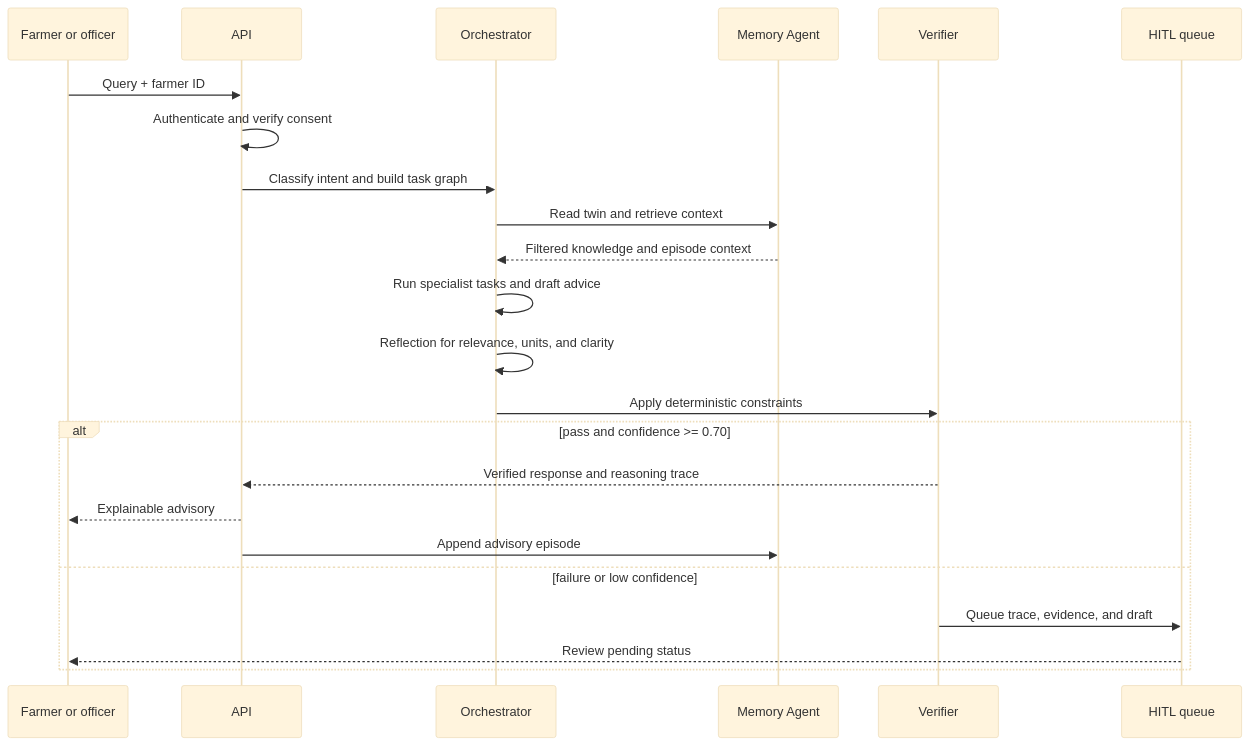
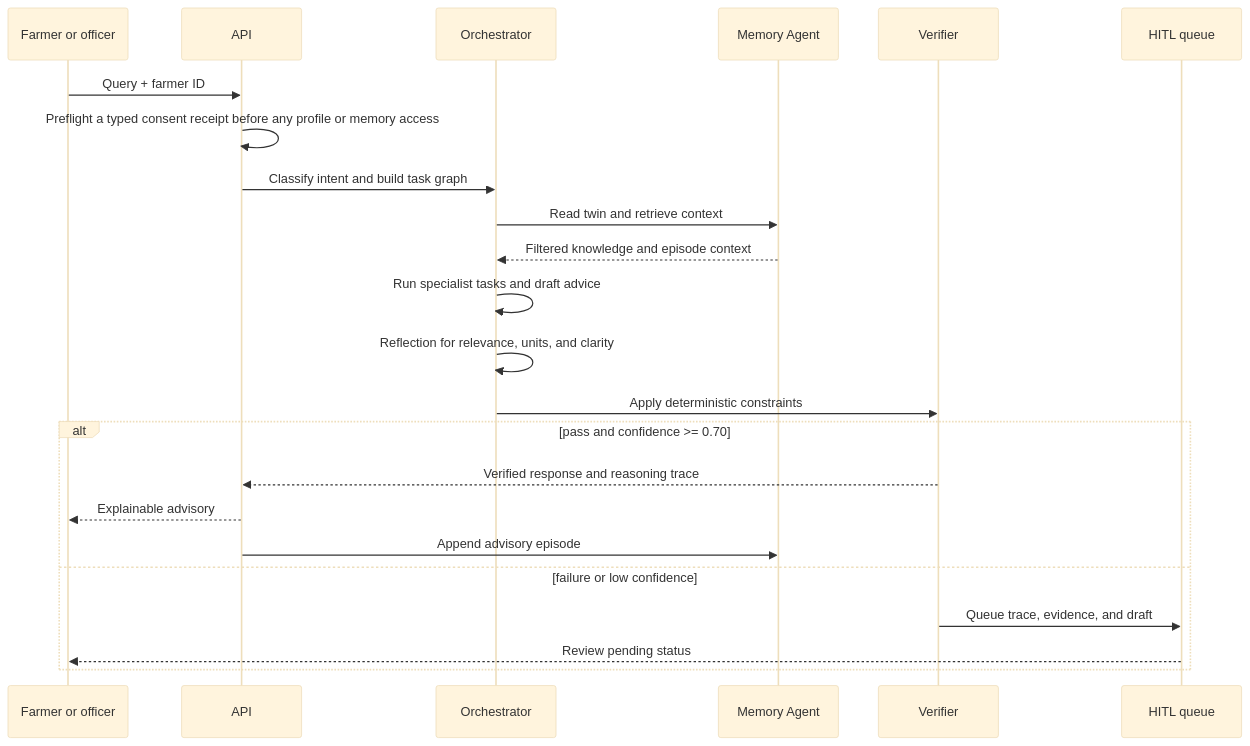
Before and after one commit to MUKUL-PRASAD-SIGH/SasyaAI: the second of 2 diagrams in Docs/ARCHITECTURE.md, drawn with Mermaid (base theme). The commit also changed other lines of this file and 21 other files, not shown here.

````diff
--- a/Docs/ARCHITECTURE.md
+++ b/Docs/ARCHITECTURE.md
@@ -53,26 +54,26 @@
 ```mermaid
 sequenceDiagram
     participant U as Farmer or officer
     participant A as API
     participant O as Orchestrator
     participant M as Memory Agent
     participant V as Verifier
     participant H as HITL queue
 
     U->>A: Query + farmer ID
-    A->>A: Authenticate and verify consent
+    A->>A: Preflight a typed consent receipt before any profile or memory access
     A->>O: Classify intent and build task graph
     O->>M: Read twin and retrieve context
     M-->>O: Filtered knowledge and episode context
     O->>O: Run specialist tasks and draft advice
     O->>O: Reflection for relevance, units, and clarity
     O->>V: Apply deterministic constraints
     alt pass and confidence >= 0.70
         V-->>A: Verified response and reasoning trace
         A-->>U: Explainable advisory
         A->>M: Append advisory episode
     else failure or low confidence
         V->>H: Queue trace, evidence, and draft
         H-->>U: Review pending status
     end
 ```
````
